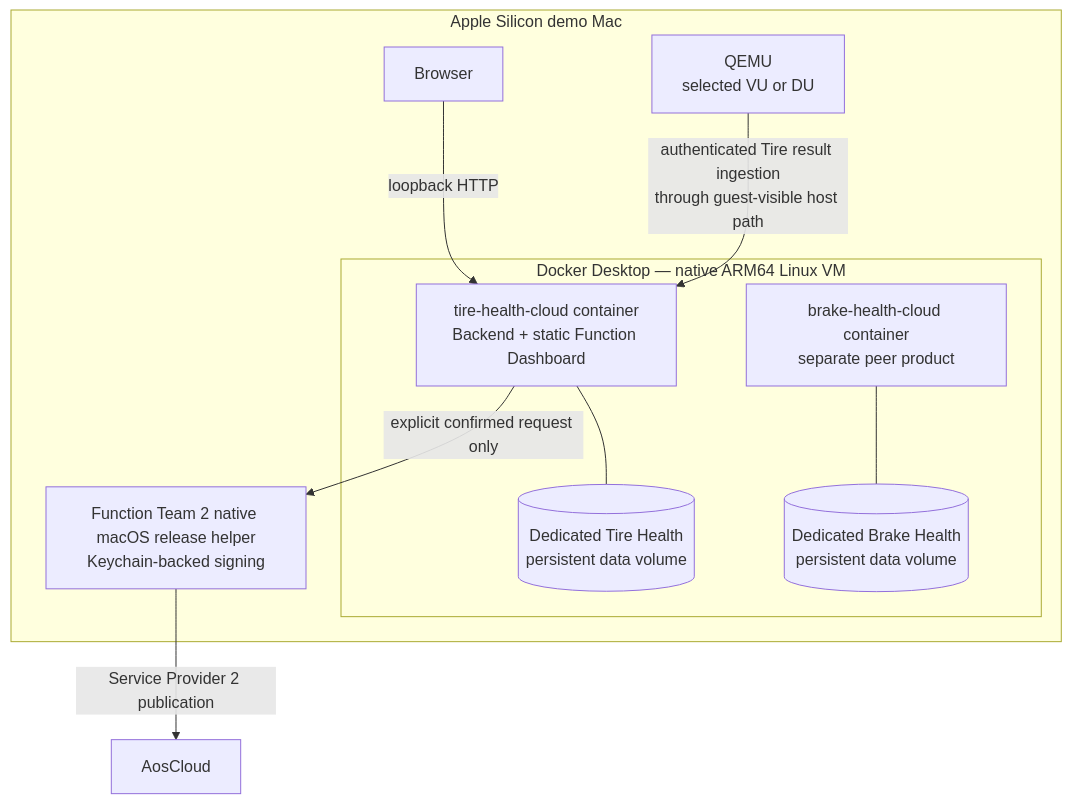
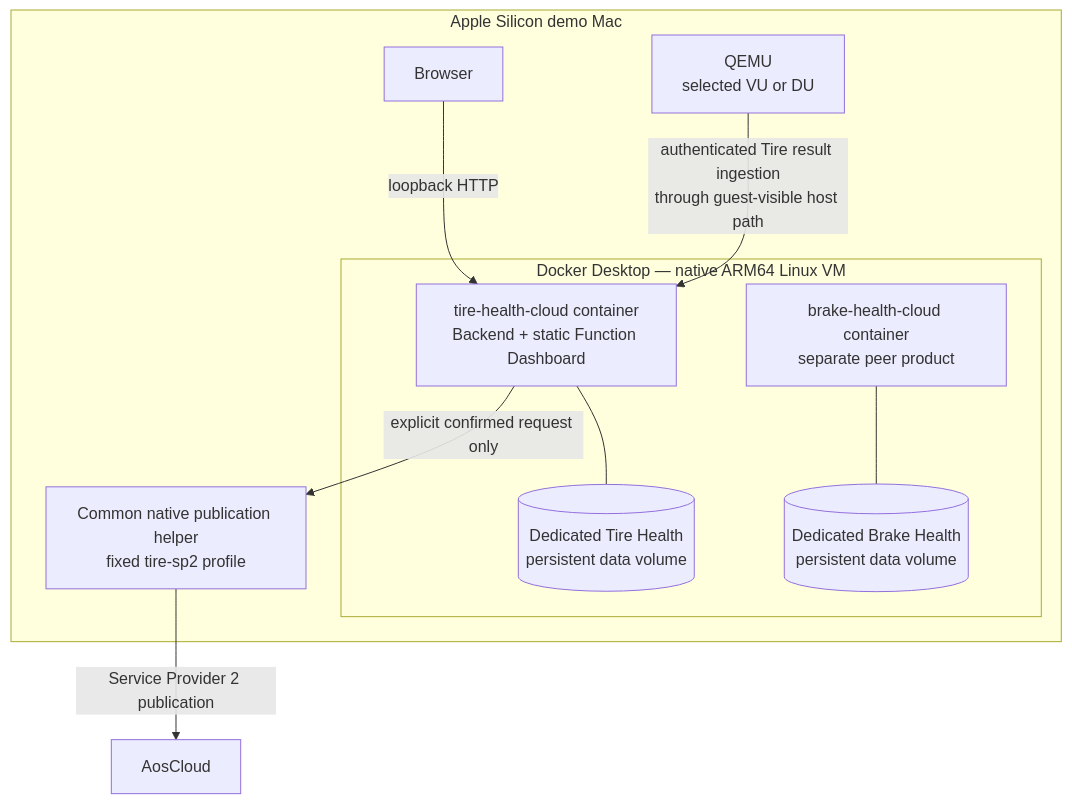
Before and after one commit to alexmaninblack/aosedge-sdv-demo: the first of 2 diagrams in docs/requirements/components/tire-health-cloud.md, drawn with Mermaid. The commit also changed other lines of this file and 60 other files, not shown here.

````diff
--- a/docs/requirements/components/tire-health-cloud.md
+++ b/docs/requirements/components/tire-health-cloud.md
@@ -75,21 +78,21 @@
 ```mermaid
 flowchart TB
     subgraph MAC["Apple Silicon demo Mac"]
         BROWSER["Browser"]
         subgraph DOCKER["Docker Desktop — native ARM64 Linux VM"]
             TIRE["tire-health-cloud container<br/>Backend + static Function Dashboard"]
             TDATA[("Dedicated Tire Health<br/>persistent data volume")]
             BRAKE["brake-health-cloud container<br/>separate peer product"]
             BDATA[("Dedicated Brake Health<br/>persistent data volume")]
             TIRE --- TDATA
             BRAKE --- BDATA
         end
-        THELPER["Function Team 2 native macOS release helper<br/>Keychain-backed signing"]
+        THELPER["Common native publication helper<br/>fixed tire-sp2 profile"]
         QEMU["QEMU<br/>selected VU or DU"]
     end
 
     BROWSER -->|"loopback HTTP"| TIRE
     QEMU -->|"authenticated Tire result ingestion<br/>through guest-visible host path"| TIRE
     TIRE -->|"explicit confirmed request only"| THELPER
     THELPER -->|"Service Provider 2 publication"| CLOUD["AosCloud"]
 ```
````
